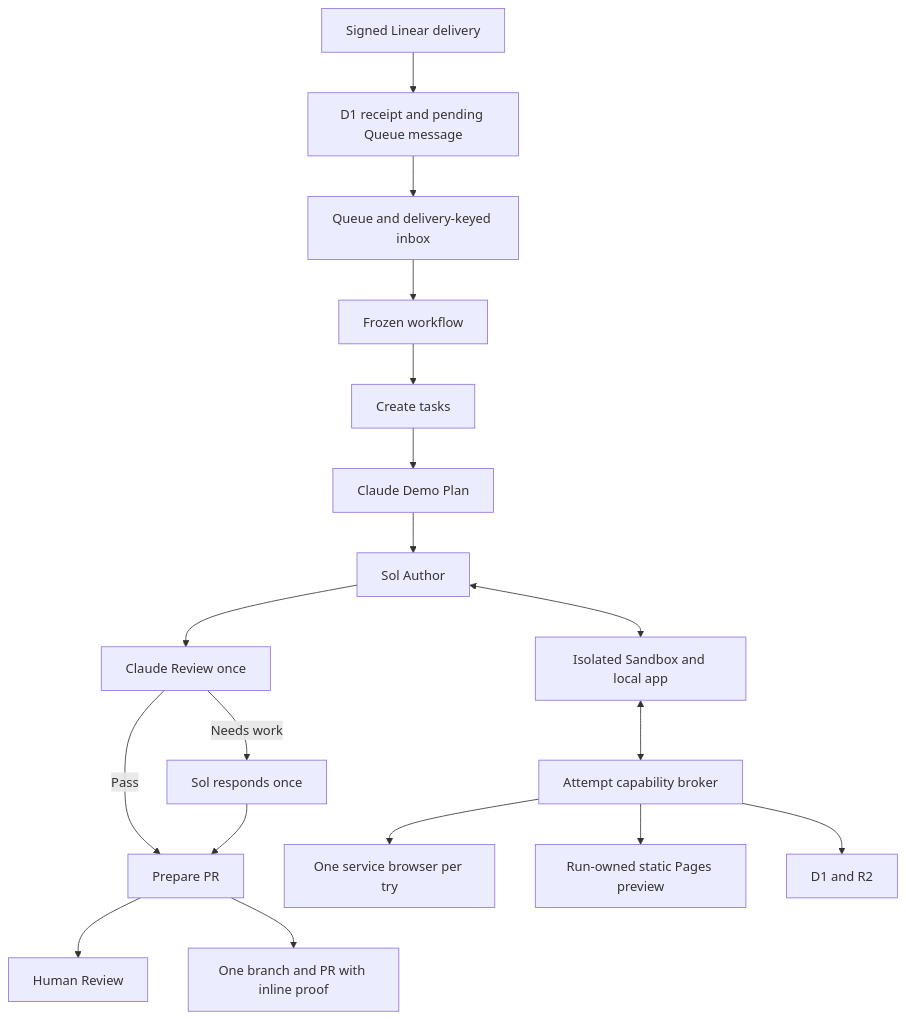
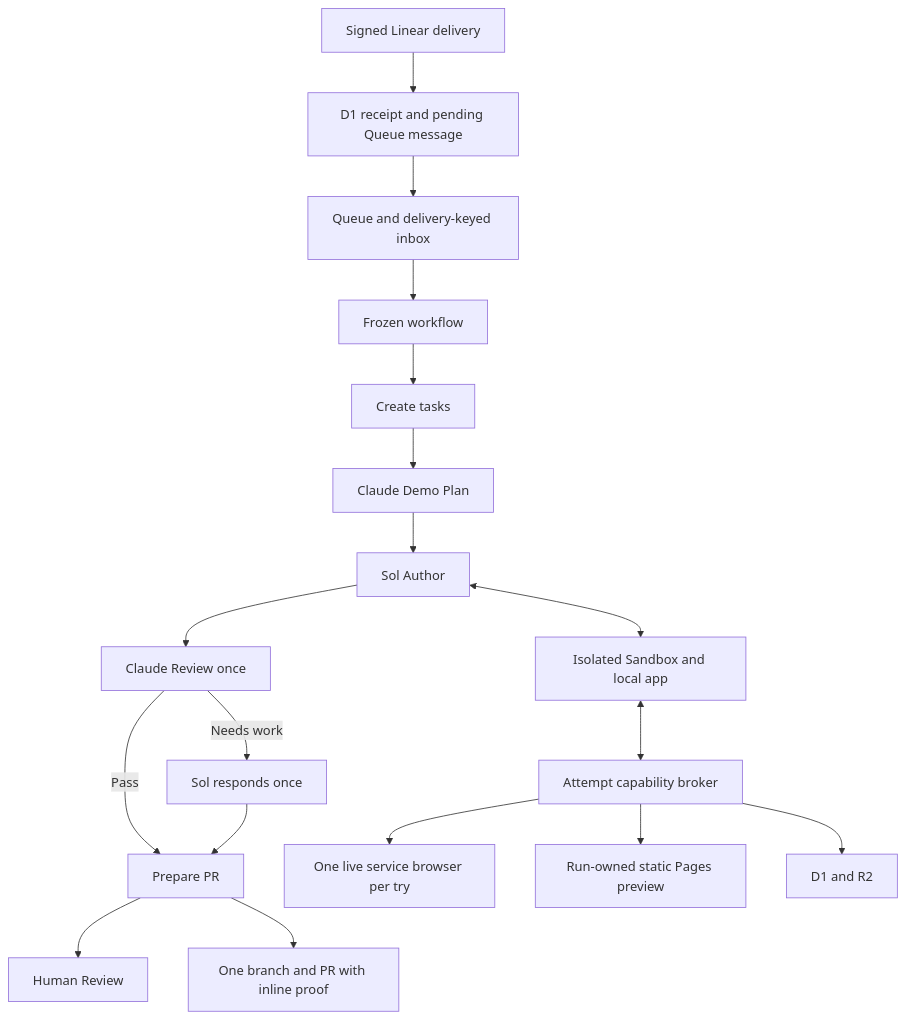
The diagram in openspec/changes/sac-172/design.md (sachinkundu/deos), drawn with Mermaid before and after one commit. The commit also changed other lines of this file and 18 other files, not shown here.

````diff
--- a/openspec/changes/sac-172/design.md
+++ b/openspec/changes/sac-172/design.md
@@ -28,20 +28,20 @@
 ```mermaid
 flowchart TB
     Linear[Signed Linear delivery] --> Outbox[D1 receipt and pending Queue message]
     Outbox --> Queue[Queue and delivery-keyed inbox]
     Queue --> Flow[Frozen workflow]
     Flow --> Tasks[Create tasks]
     Tasks --> Plan[Claude Demo Plan]
     Plan --> Author[Sol Author]
     Author --> Review[Claude Review once]
     Review -->|Needs work| Reply[Sol responds once]
     Review -->|Pass| Publish[Prepare PR]
     Reply --> Publish
     Publish --> Human[Human Review]
     Author <--> Runtime[Isolated Sandbox and local app]
     Runtime <--> Broker[Attempt capability broker]
-    Broker --> Browser[One service browser per try]
+    Broker --> Browser[One live service browser per try]
     Broker --> Preview[Run-owned static Pages preview]
     Broker --> Storage[D1 and R2]
     Publish --> GitHub[One branch and PR with inline proof]
 ```
````
